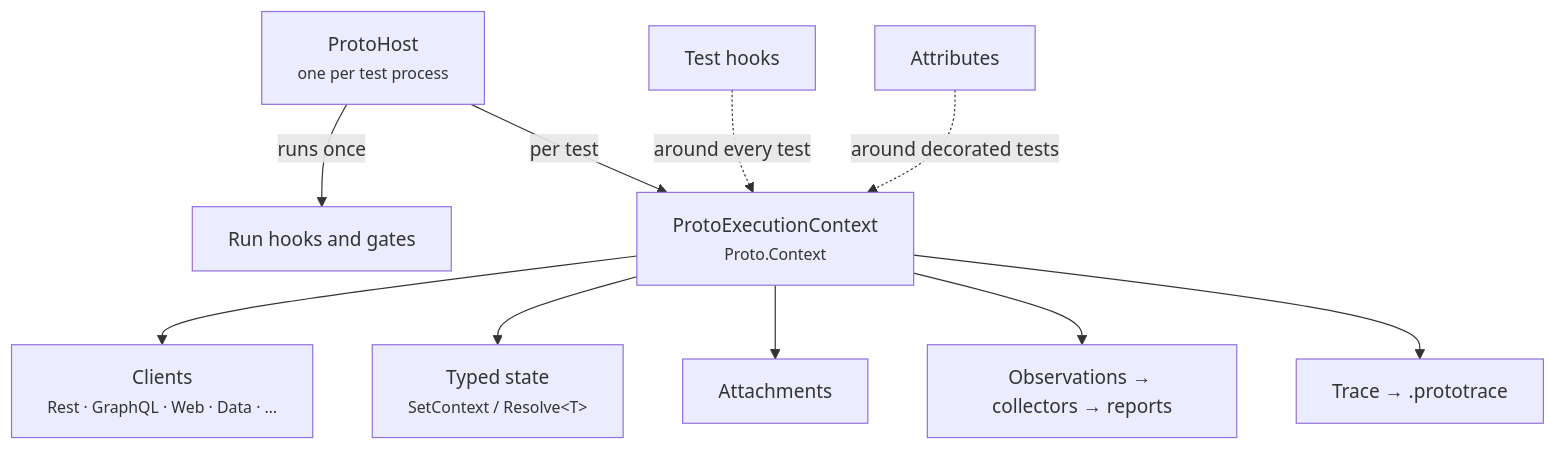
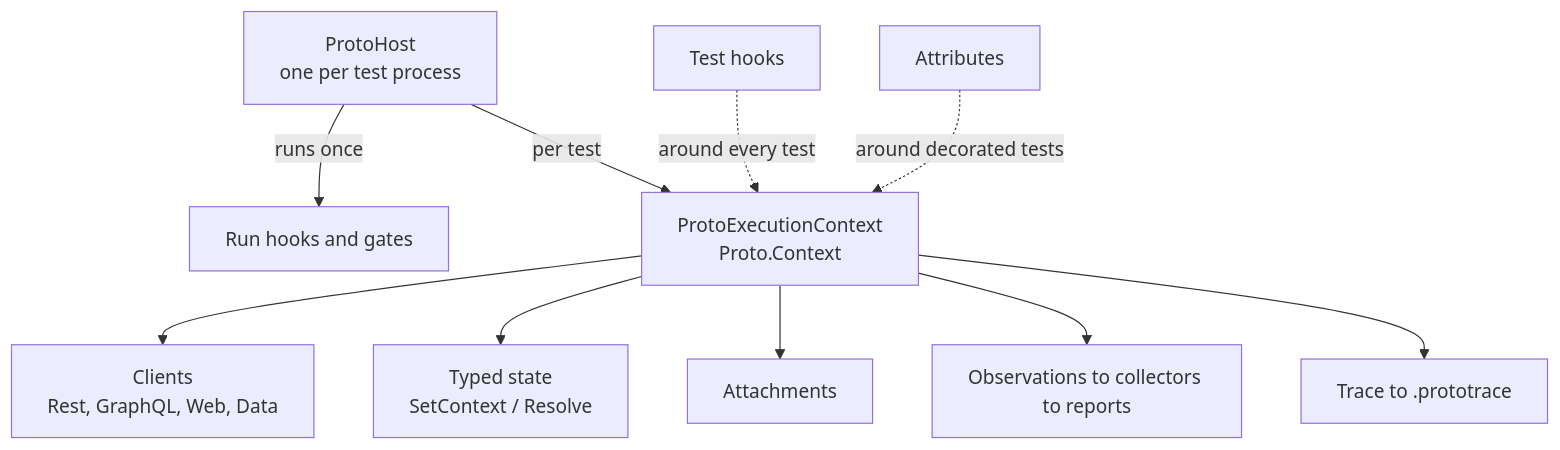
The diagram in docs/docs/foundation/overview.md (MSeys/ProtoTest), drawn with Mermaid before and after one commit. The commit also changed other lines of this file and 162 other files, not shown here.

````diff
--- a/docs/docs/foundation/overview.md
+++ b/docs/docs/foundation/overview.md
@@ -12,13 +12,13 @@
 ```mermaid
 flowchart TB
-    Host["ProtoHost<br/><small>one per test process</small>"]
+    Host["ProtoHost<br/>one per test process"]
     Host -->|runs once| RunHooks["Run hooks and gates"]
-    Host -->|per test| Context["ProtoExecutionContext<br/><small>Proto.Context</small>"]
-    Context --> Clients["Clients<br/><small>Rest · GraphQL · Web · Data · …</small>"]
-    Context --> State["Typed state<br/><small>SetContext / Resolve&lt;T&gt;</small>"]
+    Host -->|per test| Context["ProtoExecutionContext<br/>Proto.Context"]
+    Context --> Clients["Clients<br/>Rest, GraphQL, Web, Data"]
+    Context --> State["Typed state<br/>SetContext / Resolve"]
     Context --> Attachments["Attachments"]
-    Context --> Observations["Observations → collectors → reports"]
-    Context --> Trace["Trace → .prototrace"]
-    TestHooks["Test hooks"] -.around every test.-> Context
-    Attributes["Attributes"] -.around decorated tests.-> Context
+    Context --> Observations["Observations to collectors to reports"]
+    Context --> Trace["Trace to .prototrace"]
+    TestHooks["Test hooks"] -.->|around every test| Context
+    Attributes["Attributes"] -.->|around decorated tests| Context
 ```
````
